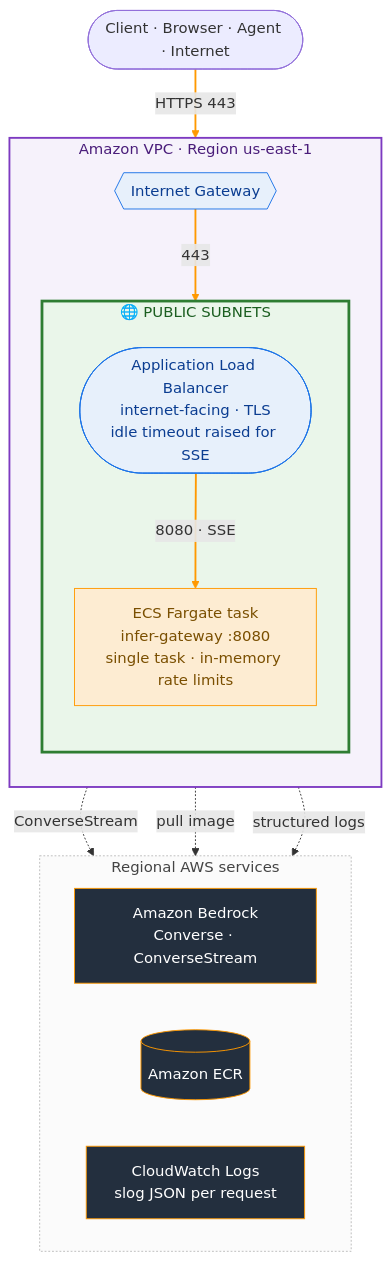
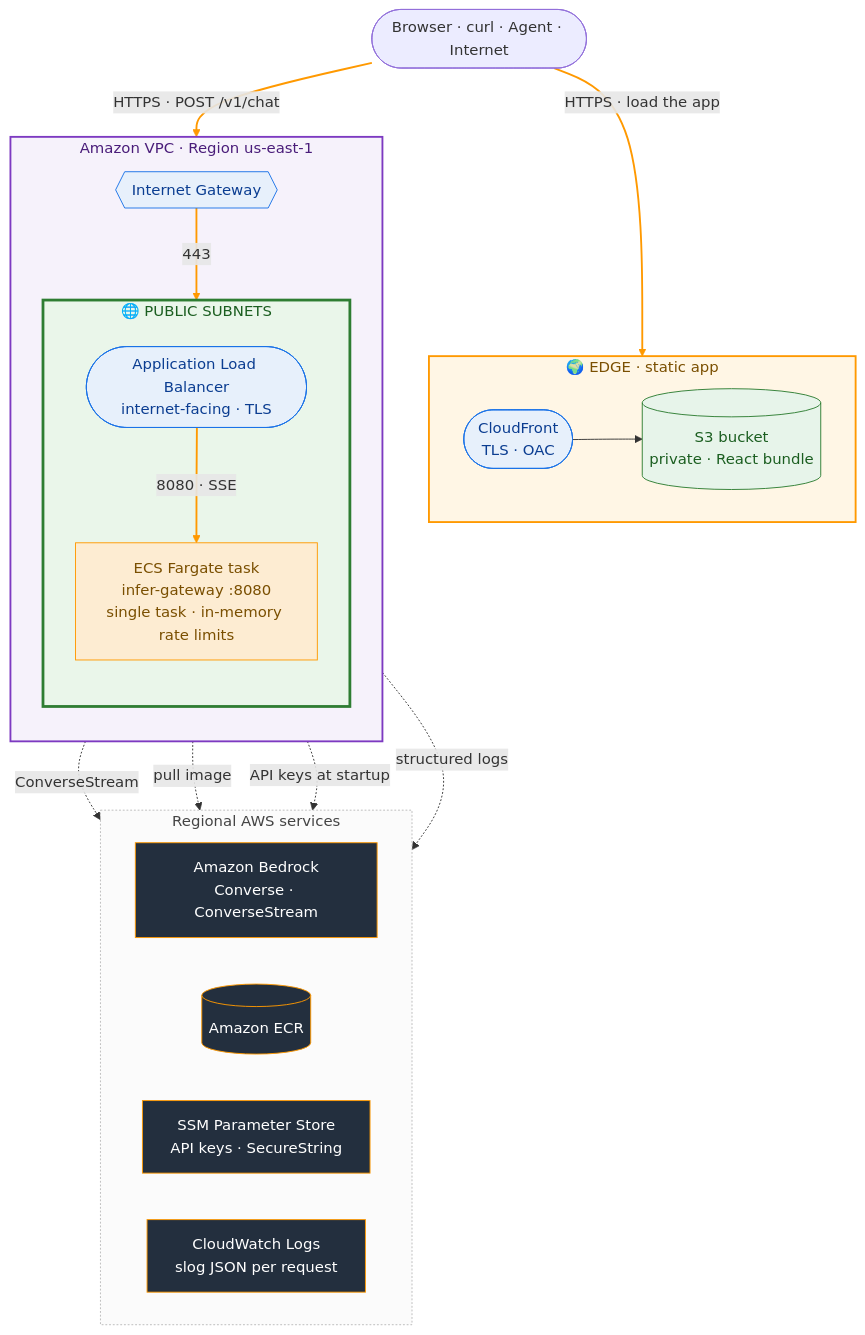
Before and after one commit to Go-Santiago-Go/inference-gateway: the second of 2 diagrams in README.md, drawn with Mermaid. The commit also changed other lines of this file and 9 other files, not shown here.

````diff
--- a/README.md
+++ b/README.md
@@ -63,42 +69,55 @@
 ```mermaid
 flowchart TB
-    user(["Client · Browser · Agent · Internet"])
+    user(["Browser · curl · Agent · Internet"])
+
+    subgraph edge["🌍  EDGE · static app"]
+        direction LR
+        cf(["CloudFront<br/>TLS · OAC"])
+        s3[("S3 bucket<br/>private · React bundle")]
+    end
 
     subgraph vpc["Amazon VPC · Region us-east-1"]
         direction TB
         igw{{"Internet Gateway"}}
 
         subgraph web["🌐  PUBLIC SUBNETS"]
             direction TB
-            alb(["Application Load Balancer<br/>internet-facing · TLS<br/>idle timeout raised for SSE"])
+            alb(["Application Load Balancer<br/>internet-facing · TLS"])
             task["ECS Fargate task<br/>infer-gateway :8080<br/>single task · in-memory rate limits"]
         end
     end
 
     subgraph svc["Regional AWS services"]
         direction LR
         bedrock["Amazon Bedrock<br/>Converse · ConverseStream"]
         ecr[("Amazon ECR")]
+        ssm["SSM Parameter Store<br/>API keys · SecureString"]
         cw["CloudWatch Logs<br/>slog JSON per request"]
     end
 
-    user ==>|"HTTPS 443"| igw
+    user ==>|"HTTPS · load the app"| cf
+    cf --> s3
+    user ==>|"HTTPS · POST /v1/chat"| igw
     igw ==>|"443"| alb
     alb ==>|"8080 · SSE"| task
     task -.->|"ConverseStream"| bedrock
     task -.->|"pull image"| ecr
+    task -.->|"API keys at startup"| ssm
     task -.->|"structured logs"| cw
 
     classDef ext fill:#232f3e,stroke:#ff9900,color:#ffffff;
     classDef net fill:#e7f0fb,stroke:#1a73e8,color:#0b3d91;
     classDef compute fill:#fdecd2,stroke:#ff9900,color:#7a4f01;
-    class bedrock,ecr,cw ext;
-    class igw,alb net;
+    classDef store fill:#e7f4ea,stroke:#2e7d32,color:#1b5e20;
+    class bedrock,ecr,cw,ssm ext;
+    class igw,alb,cf net;
     class task compute;
+    class s3 store;
 
     style vpc fill:#f6f2fb,stroke:#7d3ac1,stroke-width:2px,color:#4a1d7a;
     style web fill:#eaf6ea,stroke:#2e7d32,stroke-width:3px,color:#1b5e20;
+    style edge fill:#fff6e5,stroke:#ff9900,stroke-width:2px,color:#7a4f01;
     style svc fill:#fbfbfb,stroke:#bbbbbb,stroke-dasharray:2 2,color:#444444;
 
-    linkStyle 0,1,2 stroke:#ff9900,stroke-width:2px;
+    linkStyle 0,2,3,4 stroke:#ff9900,stroke-width:2px;
 ```
````
